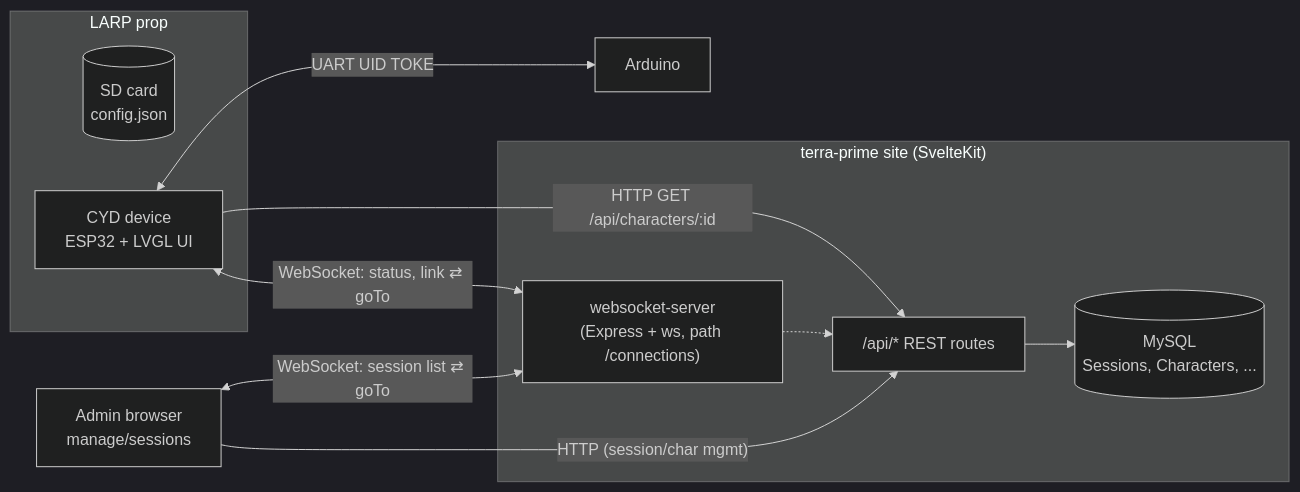
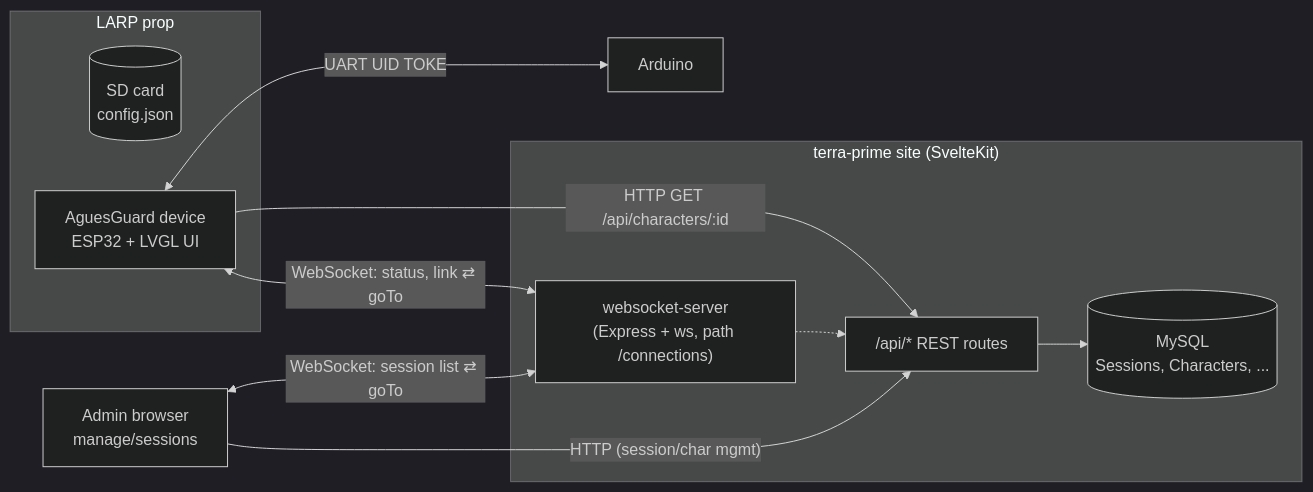
The first of 7 diagrams in docs/agues-guard_DESIGN.md (yodivdhende/terra-prime), drawn with Mermaid (dark theme) before and after one commit. The commit also changed other lines of this file, not shown here.

````diff
--- a/docs/agues-guard_DESIGN.md
+++ b/docs/agues-guard_DESIGN.md
@@ -36,25 +38,25 @@
 ```mermaid
 flowchart LR
     subgraph AguesGuard["LARP prop"]
         SD[(SD card\nconfig.json)]
-        CYD["CYD device\nESP32 + LVGL UI"]
+        Device["AguesGuard device\nESP32 + LVGL UI"]
     end
 
     Arduino
 
     subgraph Site["terra-prime site (SvelteKit)"]
         API["/api/* REST routes"]
         WS["websocket-server\n(Express + ws, path /connections)"]
         DB[(MySQL\nSessions, Characters, ...)]
         API --> DB
-        WS -.-> API
+WS -.-> API
     end
 
     Admin["Admin browser\nmanage/sessions"]
 
-    CYD <-- "UART UID TOKE" --> Arduino
-    CYD -- "HTTP GET /api/characters/:id" --> API
-    CYD <-- "WebSocket: status, link ⇄ goTo" --> WS
+    Device <-- "UART UID TOKE" --> Arduino
+    Device -- "HTTP GET /api/characters/:id" --> API
+    Device <-- "WebSocket: status, link ⇄ goTo" --> WS
     Admin <-- "WebSocket: session list ⇄ goTo" --> WS
     Admin -- "HTTP (session/char mgmt)" --> API
 ```
````
